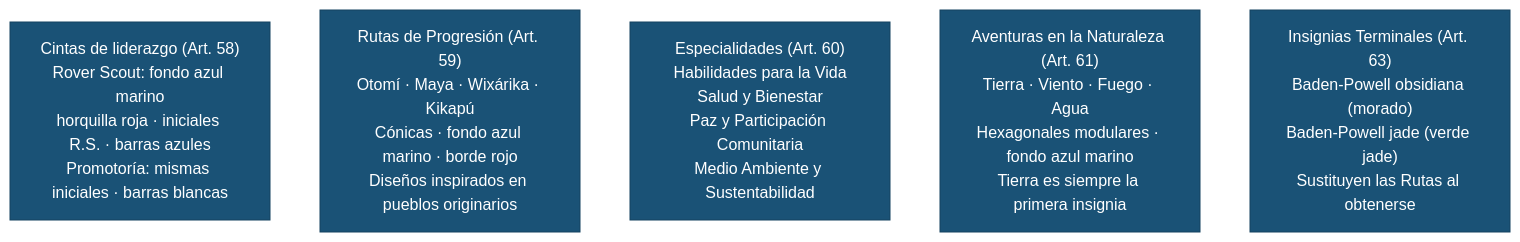
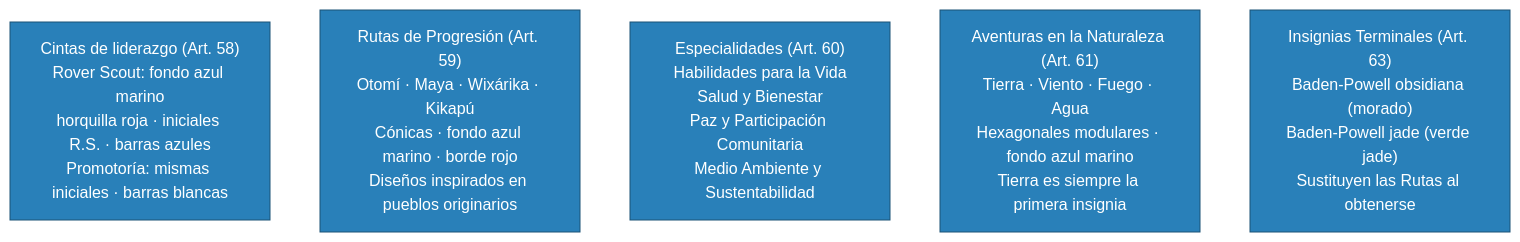
One commit to conecta-clanes/my-website changed the fourth of 8 diagrams in docs/base-conocimiento/tips-consejeros/marco-simbolico-clan-rovers.md. Above: the diagram before and after it, drawn with Mermaid (base theme). The commit also changed other lines of this file and 51 other files, not shown here.

````diff
--- a/docs/base-conocimiento/tips-consejeros/marco-simbolico-clan-rovers.md
+++ b/docs/base-conocimiento/tips-consejeros/marco-simbolico-clan-rovers.md
@@ -116,11 +116,11 @@
 ```mermaid
 flowchart TB
     CL["Cintas de liderazgo (Art. 58)<BR>Rover Scout: fondo azul marino<BR>horquilla roja · iniciales R.S. · barras azules<BR>Promotoría: mismas iniciales · barras blancas"]
     RU["Rutas de Progresión (Art. 59)<BR>Otomí · Maya · Wixárika · Kikapú<BR>Cónicas · fondo azul marino · borde rojo<BR>Diseños inspirados en pueblos originarios"]
     ES["Especialidades (Art. 60)<BR>Habilidades para la Vida<BR>Salud y Bienestar<BR>Paz y Participación Comunitaria<BR>Medio Ambiente y Sustentabilidad"]
     AN["Aventuras en la Naturaleza (Art. 61)<BR>Tierra · Viento · Fuego · Agua<BR>Hexagonales modulares · fondo azul marino<BR>Tierra es siempre la primera insignia"]
     IT["Insignias Terminales (Art. 63)<BR>Baden-Powell obsidiana (morado)<BR>Baden-Powell jade (verde jade)<BR>Sustituyen las Rutas al obtenerse"]
 
-    classDef ins fill:#1a5276,stroke:#154360,color:#fff
+    classDef ins fill:#2980b9,stroke:#1a5276,color:#fff
     class CL,RU,ES,AN,IT ins
 ```
````
